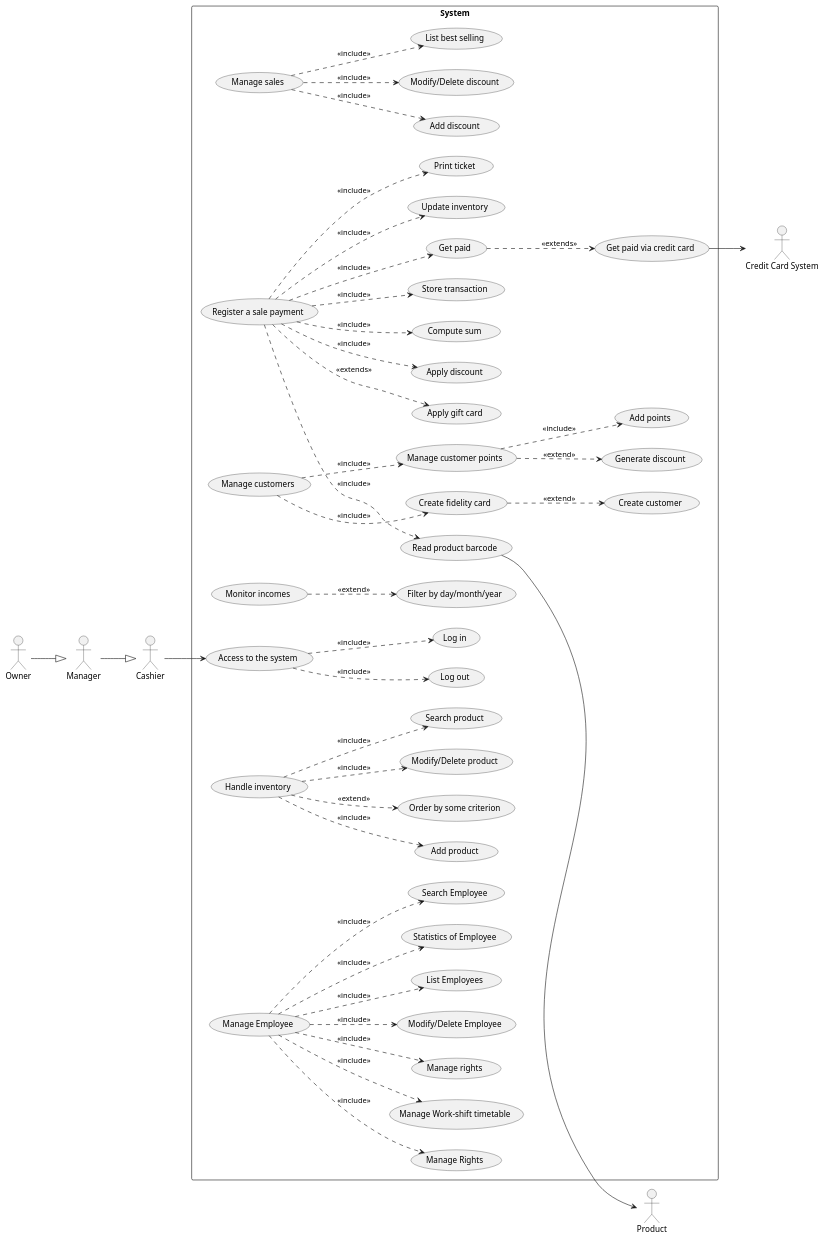
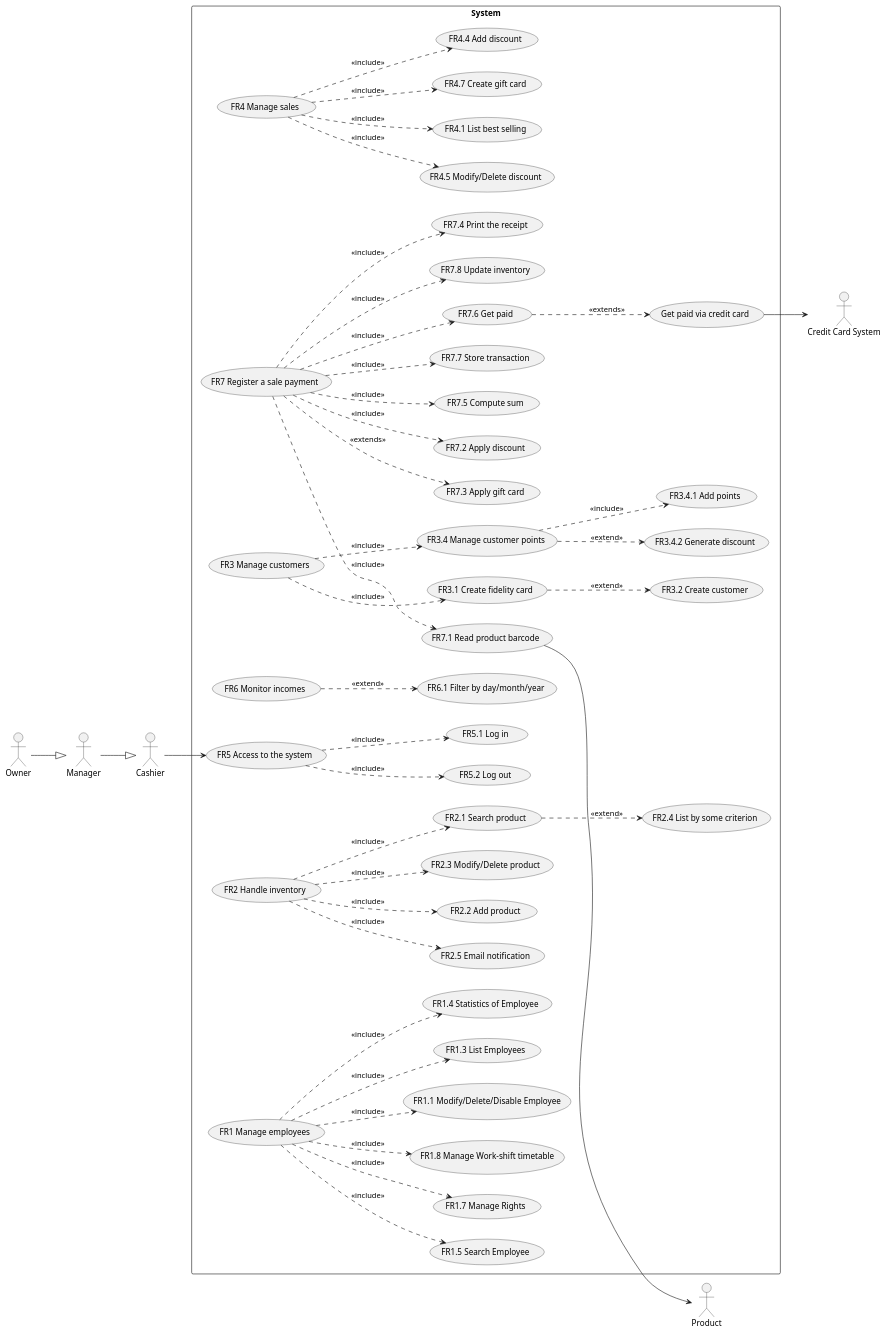
Before and after one commit to MatteoBattilana/EzShop: the second of 5 diagrams in Deliverables/RequirementsDocument.md, drawn with PlantUML. The commit also changed other lines of this file, not shown here.

Commit message:
docs: added FR into UCD labels

```diff
--- a/Deliverables/RequirementsDocument.md
+++ b/Deliverables/RequirementsDocument.md
@@ -251,64 +249,64 @@
 @startuml
 rectangle System {
 	left to right direction
-	usecase "Manage Employee" as UC2
-	usecase "Modify/Delete Employee" as UC2.1
-	usecase "List Employees" as UC2.3
-	usecase "Statistics of Employee" as UC2.4
-	usecase "Search Employee" as UC2.5
-	usecase "Manage Rights" as UC2.6
-	usecase "Manage Work-shift timetable" as UC2.7
-	usecase "Manage rights" as UC2.8
+	usecase "FR1 Manage employees" as UC2
+	usecase "FR1.1 Modify/Delete/Disable Employee" as UC2.1
+	usecase "FR1.3 List Employees" as UC2.3
+	usecase "FR1.4 Statistics of Employee" as UC2.4
+	usecase "FR1.5 Search Employee" as UC2.5
+	usecase "FR1.7 Manage Rights" as UC2.6
+	usecase "FR1.8 Manage Work-shift timetable" as UC2.7
 	UC2.1 <.up. UC2: <<include>>
 	UC2.3 <.up. UC2: <<include>>
 	UC2.4 <.up. UC2: <<include>>
-	UC2.7 <.up. UC2: <<include>>
-	UC2.8 <.up. UC2: <<include>>
 	UC2.5 <.up. UC2: <<include>>
 	UC2.6 <.up. UC2: <<include>>
+	UC2.7 <.up. UC2: <<include>>
 
-	usecase "Handle inventory" as UC3
-	usecase "Search product" as UC3.1
-  usecase "Add product" as UC3.2
-  usecase "Order by some criterion" as UC3.4
-  usecase "Modify/Delete product" as UC3.5
-	UC3.4 <.up. UC3: <<extend>>
+	usecase "FR2 Handle inventory" as UC3
+	usecase "FR2.1 Search product" as UC3.1
+  usecase "FR2.2 Add product" as UC3.2
+  usecase "FR2.4 List by some criterion" as UC3.4
+  usecase "FR2.3 Modify/Delete product" as UC3.5
+  usecase "FR2.5 Email notification" as UC3.6
+	UC3.4 <.up. UC3.1: <<extend>>
 	UC3.2 <.up. UC3: <<include>>
 	UC3.1 <.up. UC3: <<include>>
 	UC3.5 <.up. UC3: <<include>>
+	UC3.6 <.up. UC3: <<include>>
 
-	usecase "Access to the system" as UC4
-	usecase "Log in" as UC4.1
-	usecase "Log out" as UC4.2
+	usecase "FR5 Access to the system" as UC4
+	usecase "FR5.1 Log in" as UC4.1
+	usecase "FR5.2 Log out" as UC4.2
 	UC4.1 <.up. UC4: <<include>>
 	UC4.2 <.up. UC4: <<include>>
 
-	usecase "Manage customers" as UC5
-	usecase "Create fidelity card" as UC5.1
-	usecase "Create customer" as UC5.1.1
+	usecase "FR3 Manage customers" as UC5
+	usecase "FR3.1 Create fidelity card" as UC5.1
+	usecase "FR3.2 Create customer" as UC5.1.1
 	UC5.1 <.up. UC5: <<include>>
 	UC5.1.1 <.up. UC5.1: <<extend>>
-	usecase "List customers" as UC5.2
-	usecase "Manage customer points" as UC5.2
-	usecase "Add points" as UC5.2.1
-	usecase "Generate discount" as UC5.2.2
+	usecase "FR3.3 List customers" as UC5.2
+	usecase "FR3.4 Manage customer points" as UC5.2
+	usecase "FR3.4.1 Add points" as UC5.2.1
+	usecase "FR3.4.2 Generate discount" as UC5.2.2
 	UC5.2.2 <.up. UC5.2: <<extend>>
 	UC5.2.1 <.up. UC5.2: <<include>>
 	UC5.2 <.up. UC5: <<include>>
 
-	usecase "Monitor incomes" as UC6
-	usecase "Filter by day/month/year" as UC6.1
+	usecase "FR6 Monitor incomes" as UC6
+	usecase "FR6.1 Filter by day/month/year" as UC6.1
 	UC6.1 <.up. UC6: <<extend>>
 
-	usecase "Register a sale payment" as UC7
-	usecase "Read product barcode" as UC7.1
-	usecase "Apply discount" as UC7.2
-	usecase "Compute sum" as UC7.3
-	usecase "Store transaction" as UC7.4
-	usecase "Update inventory" as UC7.5
-	usecase "Print ticket" as UC7.6
-	usecase "Apply gift card" as UC7.7
-	usecase "Get paid" as UC7.8
+	usecase "FR7 Register a sale payment" as UC7
+	usecase "FR7.1 Read product barcode" as UC7.1
+	usecase "FR7.2 Apply discount" as UC7.2
+	usecase "FR7.5 Compute sum" as UC7.3
+	usecase "FR7.7 Store transaction" as UC7.4
+	usecase "FR7.8 Update inventory" as UC7.5
+	usecase "FR7.4 Print the receipt" as UC7.6
+	usecase "FR7.3 Apply gift card" as UC7.7
+	usecase "FR7.6 Get paid" as UC7.8
 	usecase "Get paid via credit card" as UC7.8.1
 	UC7.8.1 <.up. UC7.8: <<extends>>
 	UC7.8 <.up. UC7: <<include>>
@@ -320,13 +318,15 @@
 	UC7.2 <.up. UC7: <<include>>
 	UC7.1 <.up. UC7: <<include>>
 
-	usecase "Manage sales" as UC8
-  usecase "Add discount" as UC8.1
-  usecase "Modify/Delete discount" as UC8.2
-  usecase "List best selling" as UC8.3
+	usecase "FR4 Manage sales" as UC8
+  usecase "FR4.4 Add discount" as UC8.1
+  usecase "FR4.5 Modify/Delete discount" as UC8.2
+  usecase "FR4.1 List best selling" as UC8.3
+  usecase "FR4.7 Create gift card" as UC8.4
 	UC8.1 <.up. UC8: <<include>>
 	UC8.2 <.up. UC8: <<include>>
 	UC8.3 <.up. UC8: <<include>>
+	UC8.4 <.up. UC8: <<include>>
 
 }
 actor Product
```
